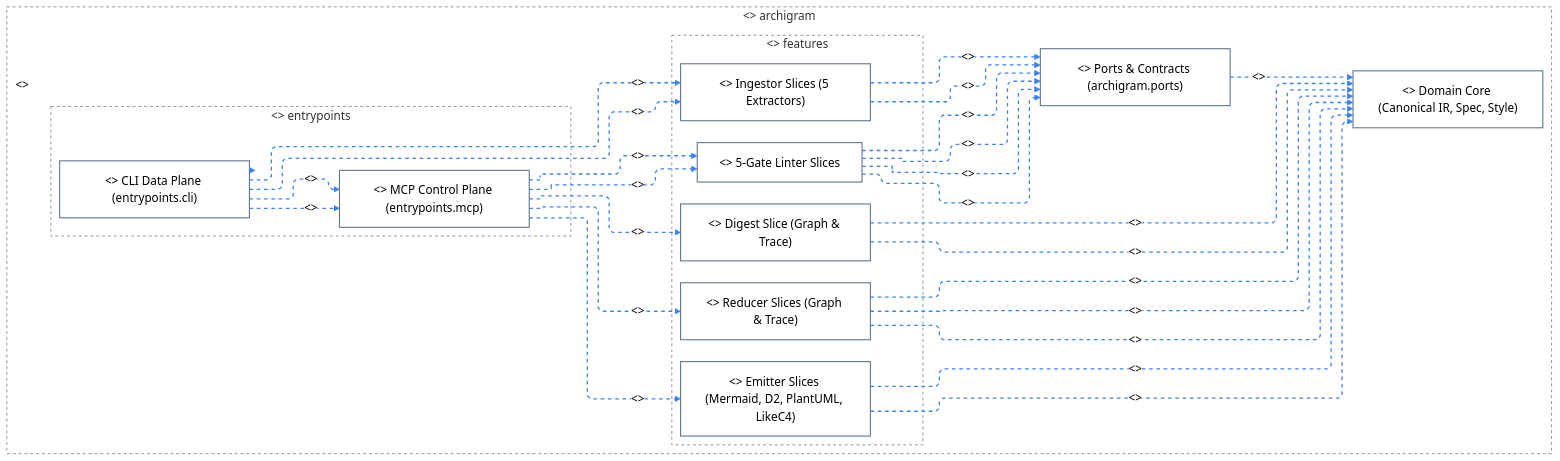
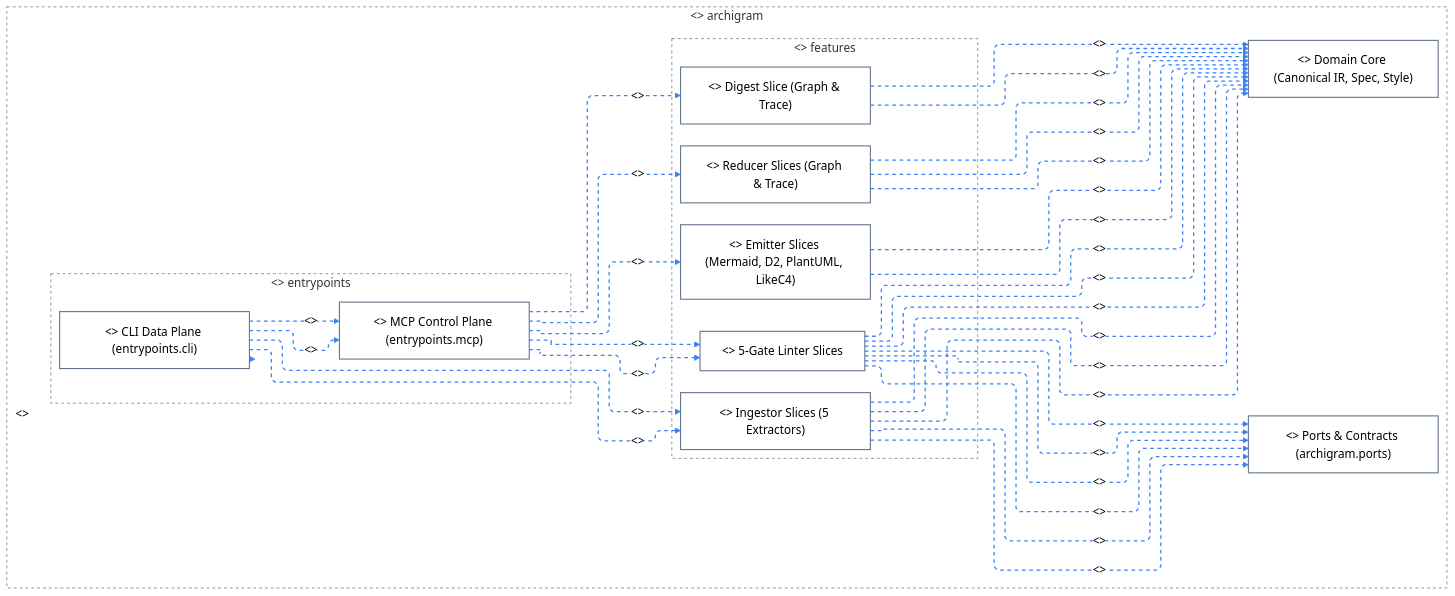
One commit to klcd/archigram changed the fourth of 8 diagrams in docs/architecture/uml-and-curation-showcase.md. Above: the diagram before and after it, drawn with Mermaid (neutral theme). The commit also changed other lines of this file and 39 other files, not shown here.

````diff
--- a/docs/architecture/uml-and-curation-showcase.md
+++ b/docs/architecture/uml-and-curation-showcase.md
@@ -392,57 +396,62 @@
 ```mermaid
 ---
 config:
   layout: elk
   elk:
     mergeEdges: false
     nodePlacementStrategy: BRANDES_KOEPF
   flowchart:
     defaultRenderer: elk
     curve: linear
 ---
 flowchart LR
   classDef default fill:transparent,stroke:#64748b,stroke-width:1.5px
   subgraph n0["<<executionEnv>> archigram"]
     subgraph n1["<<executionEnv>> entrypoints"]
       n3["<<artifact>> CLI Data Plane (entrypoints.cli)"]
       n10["<<artifact>> MCP Control Plane (entrypoints.mcp)"]
     end
     subgraph n2["<<executionEnv>> features"]
       n5["<<artifact>> Digest Slice (Graph & Trace)"]
       n6["<<artifact>> Emitter Slices (Mermaid, D2, PlantUML, LikeC4)"]
       n7["<<artifact>> Ingestor Slices (5 Extractors)"]
       n8["<<artifact>> 5-Gate Linter Slices"]
       n9["<<artifact>> Reducer Slices (Graph & Trace)"]
     end
     n4["<<artifact>> Domain Core (Canonical IR, Spec, Style)"]
     n11["<<artifact>> Ports & Contracts (archigram.ports)"]
   end
   style n0 fill:transparent,stroke:#64748b,stroke-width:1px,stroke-dasharray:4 4
   style n1 fill:transparent,stroke:#64748b,stroke-width:1px,stroke-dasharray:4 4
   style n2 fill:transparent,stroke:#64748b,stroke-width:1px,stroke-dasharray:4 4
   n3 -.->|"<<deploy>>"| n0
   n10 -.->|"<<deploy>>"| n5
+  n8 -.->|"<<deploy>>"| n4
+  n7 -.->|"<<deploy>>"| n4
   n5 -.->|"<<deploy>>"| n4
   n9 -.->|"<<deploy>>"| n4
+  n7 -.->|"<<deploy>>"| n4
   n5 -.->|"<<deploy>>"| n4
   n6 -.->|"<<deploy>>"| n4
   n9 -.->|"<<deploy>>"| n4
   n6 -.->|"<<deploy>>"| n4
+  n8 -.->|"<<deploy>>"| n4
   n9 -.->|"<<deploy>>"| n4
-  n11 -.->|"<<deploy>>"| n4
+  n7 -.->|"<<deploy>>"| n4
+  n8 -.->|"<<deploy>>"| n4
   n10 -.->|"<<deploy>>"| n6
   n3 -.->|"<<deploy>>"| n7
   n3 -.->|"<<deploy>>"| n7
   n10 -.->|"<<deploy>>"| n8
   n10 -.->|"<<deploy>>"| n8
   n3 -.->|"<<deploy>>"| n10
   n3 -.->|"<<deploy>>"| n10
   n8 -.->|"<<deploy>>"| n11
   n8 -.->|"<<deploy>>"| n11
   n7 -.->|"<<deploy>>"| n11
   n8 -.->|"<<deploy>>"| n11
   n7 -.->|"<<deploy>>"| n11
   n8 -.->|"<<deploy>>"| n11
   n10 -.->|"<<deploy>>"| n9
-  linkStyle 0,1,2,3,4,5,6,7,8,9,10,11,12,13,14,15,16,17,18,19,20,21,22,23 stroke:#3b82f6,stroke-width:1.75px,stroke-dasharray:5 5
+  linkStyle 0,1,2,3,4,5,6,7,8,9,10,11,12,13,14,15,16,17,18,19,20,21,22,23,24,25,26,27,28 stroke:#3b82f6,stroke-width:1.75px,stroke-dasharray:5 5
 ```
````
